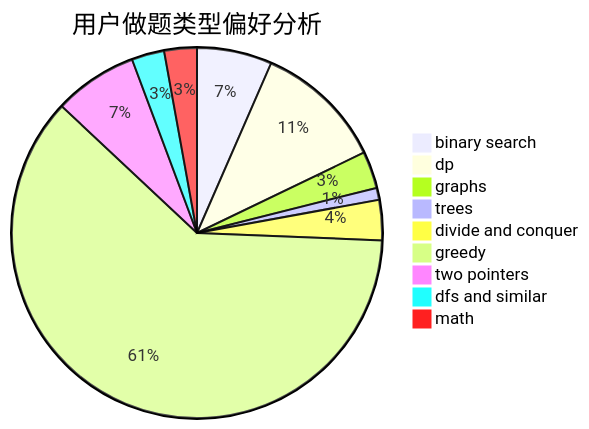
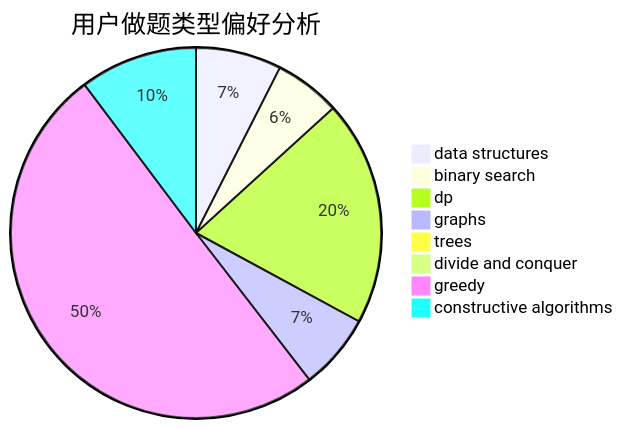
The second of 3 diagrams in docs/user/u2607.md (sherpahu/cfrs.github.io), drawn with Mermaid before and after one commit. The commit also changed other lines of this file and 2775 other files, not shown here.

````diff
--- a/docs/user/u2607.md
+++ b/docs/user/u2607.md
@@ -23,12 +23,11 @@
 ```mermaid
 pie title 用户做题类型偏好分析
-    "binary search" :  69
-    "dp" :  119
-    "graphs" :  34
-    "trees" :  11
-    "divide and conquer" :  37
-    "greedy" :  646
-    "two pointers" :  77
-    "dfs and similar" :  30
-    "math" :  30
+    "data structures" :  35
+    "binary search" :  27
+    "dp" :  92
+    "graphs" :  31
+    "trees" :  1
+    "divide and conquer" :  0
+    "greedy" :  235
+    "constructive algorithms" :  48
 ```
````
